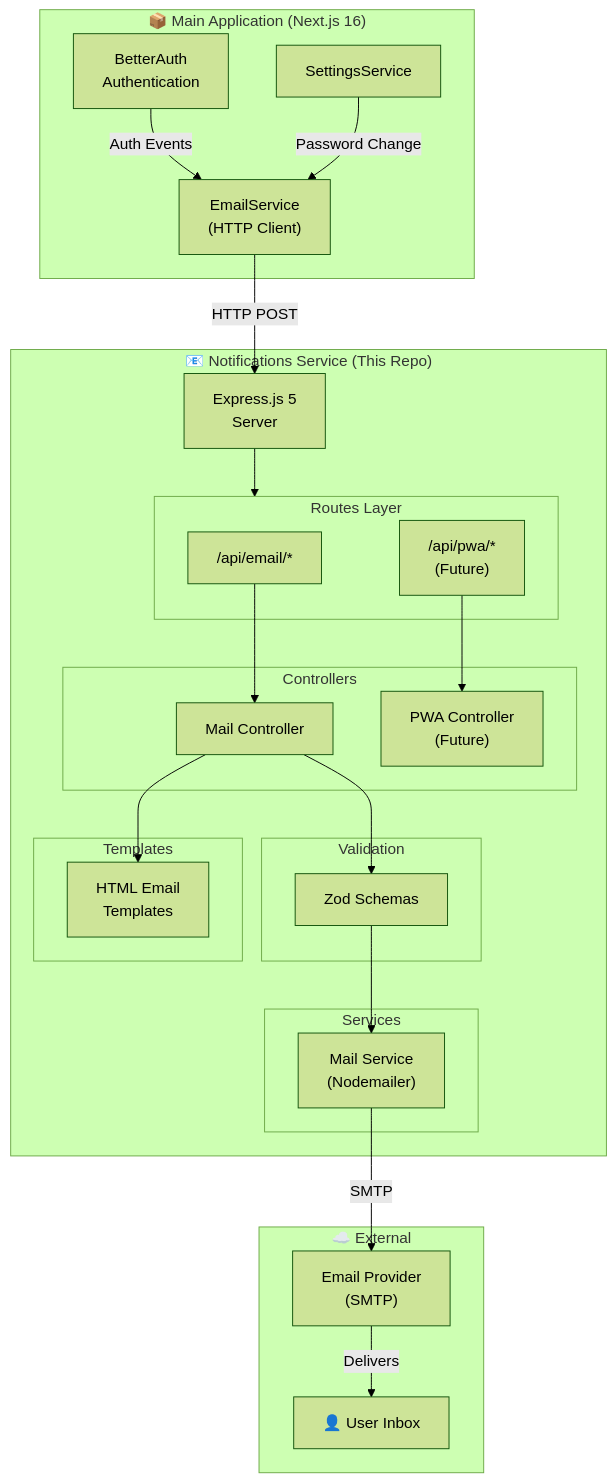
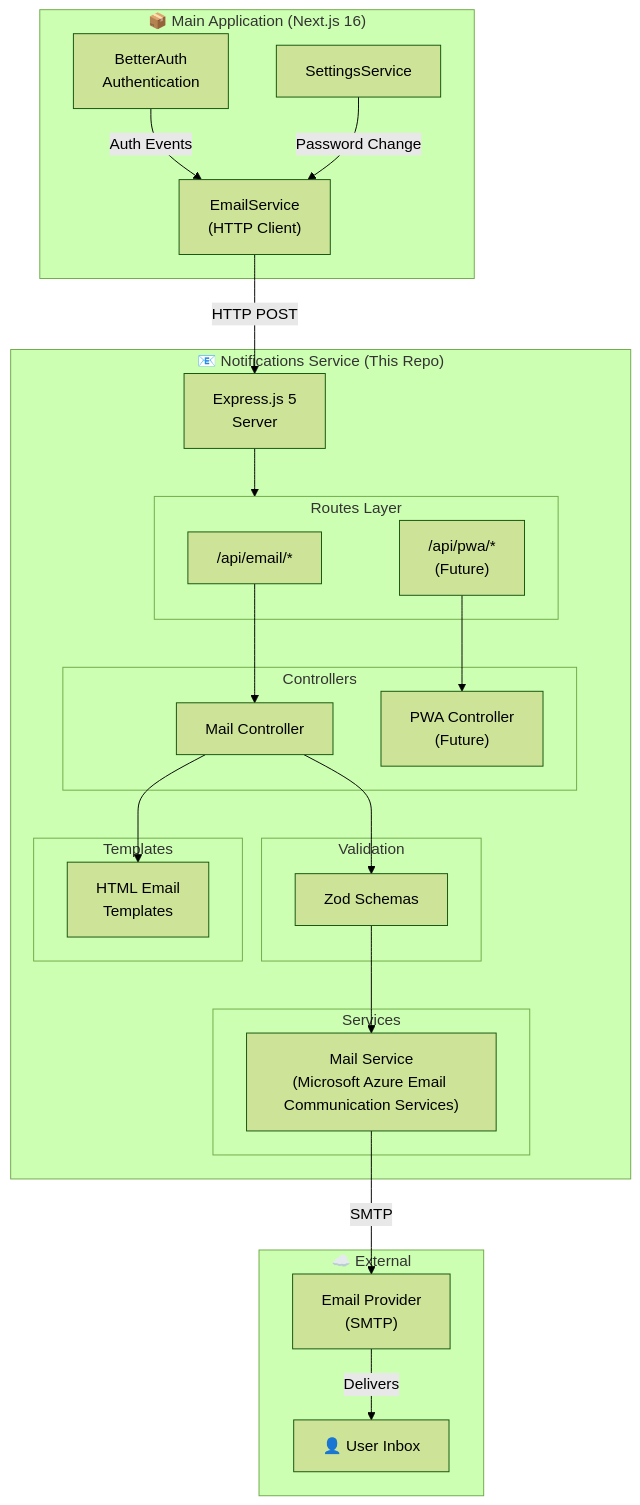
The first of 6 diagrams in README.md (hemants1703/ambitiousyou-notifications-service), drawn with Mermaid (forest theme) before and after one commit. The commit also changed other lines of this file, not shown here.

First line of the commit message:
Update README for Azure Email Service and formatting

````diff
--- a/README.md
+++ b/README.md
@@ -33,51 +33,51 @@
 ```mermaid
 graph TB
     subgraph MainApp["📦 Main Application (Next.js 16)"]
         BetterAuth["BetterAuth<br/>Authentication"]
         EmailServiceClient["EmailService<br/>(HTTP Client)"]
         SettingsService["SettingsService"]
     end
 
     subgraph ThisService["📧 Notifications Service (This Repo)"]
         Express["Express.js 5<br/>Server"]
-        
+
         subgraph Routes["Routes Layer"]
             MailRoutes["/api/email/*"]
             PWARoutes["/api/pwa/*<br/>(Future)"]
         end
-        
+
         subgraph Controllers["Controllers"]
             MailController["Mail Controller"]
             PWAController["PWA Controller<br/>(Future)"]
         end
-        
+
         subgraph Validation["Validation"]
             ZodSchemas["Zod Schemas"]
         end
-        
+
         subgraph Services["Services"]
-            MailService["Mail Service<br/>(Nodemailer)"]
+            MailService["Mail Service<br/>(Microsoft Azure Email Communication Services)"]
         end
-        
+
         subgraph Templates["Templates"]
             HTMLTemplates["HTML Email<br/>Templates"]
         end
     end
 
     subgraph External["☁️ External"]
         SMTP["Email Provider<br/>(SMTP)"]
         User["👤 User Inbox"]
     end
 
     BetterAuth -->|"Auth Events"| EmailServiceClient
     SettingsService -->|"Password Change"| EmailServiceClient
     EmailServiceClient -->|"HTTP POST"| Express
     Express --> Routes
     MailRoutes --> MailController
     PWARoutes --> PWAController
     MailController --> ZodSchemas
     ZodSchemas --> MailService
     MailController --> HTMLTemplates
     MailService -->|"SMTP"| SMTP
     SMTP -->|"Delivers"| User
 ```
````
